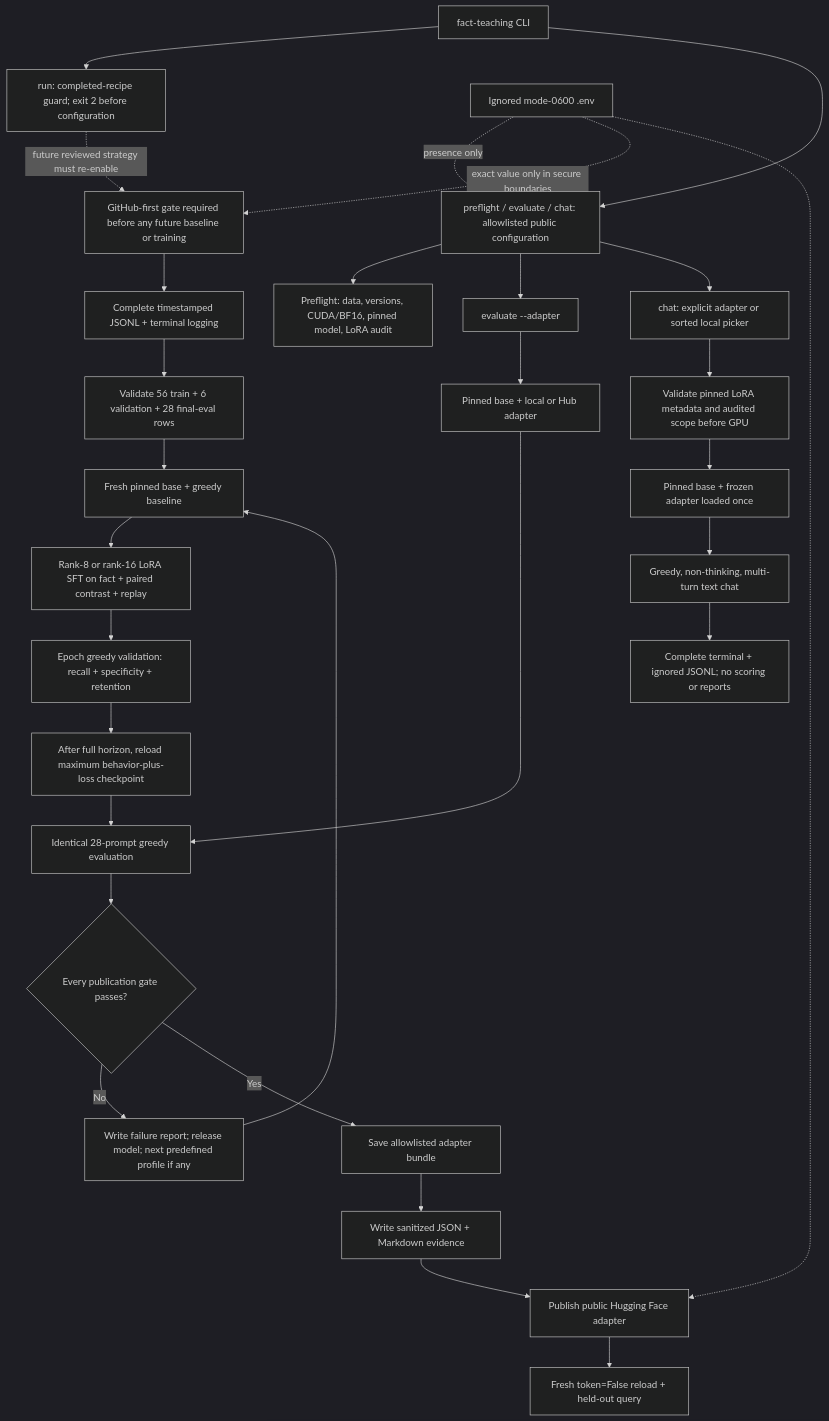
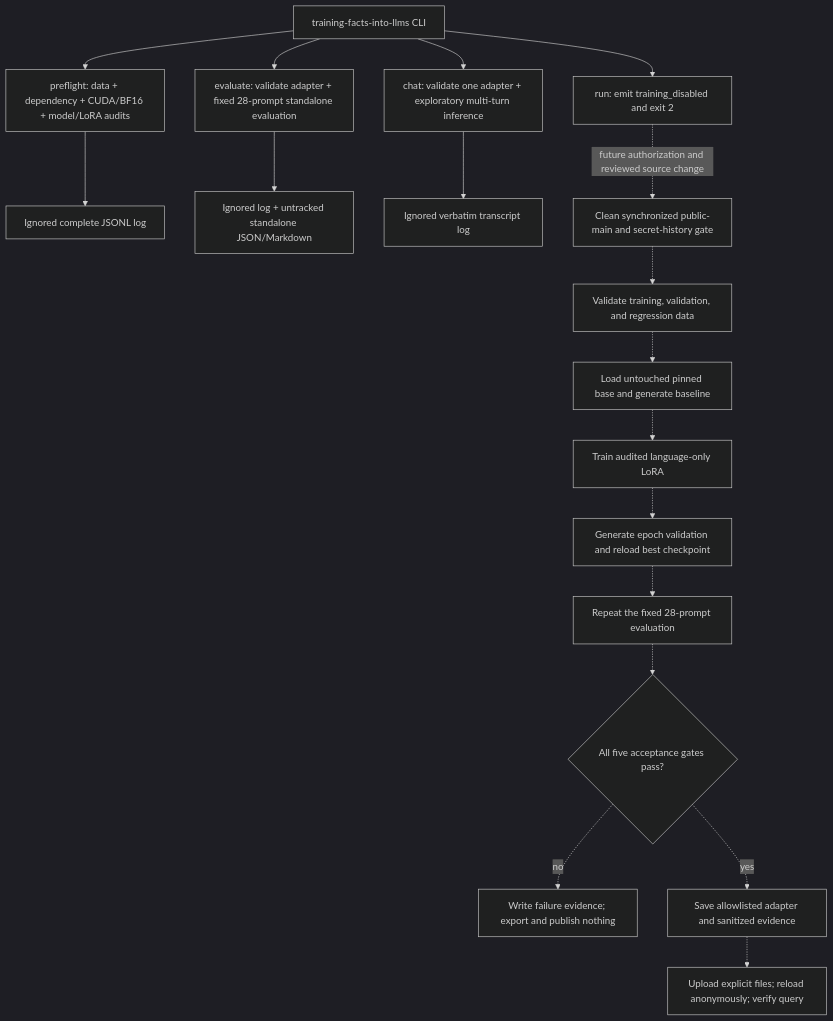
The diagram in README.md (BurnyCoder/fact-teaching), drawn with Mermaid (dark theme) before and after one commit. The commit also changed other lines of this file and 4 other files, not shown here.

````diff
--- a/README.md
+++ b/README.md
@@ -43,32 +150,20 @@
 ```mermaid
 flowchart TD
-    CLI["fact-teaching CLI"] --> GUARD["run: completed-recipe guard; exit 2 before configuration"]
-    CLI --> CFG["preflight / evaluate / chat: allowlisted public configuration"]
-    CFG --> PREFLIGHT["Preflight: data, versions, CUDA/BF16, pinned model, LoRA audit"]
-    GUARD -. "future reviewed strategy must re-enable" .-> GATE["GitHub-first gate required before any future baseline or training"]
-    GATE --> LOG["Complete timestamped JSONL + terminal logging"]
-    LOG --> DATA["Validate 56 train + 6 validation + 28 final-eval rows"]
-    DATA --> BASE["Fresh pinned base + greedy baseline"]
-    BASE --> TRAIN["Rank-8 or rank-16 LoRA SFT on fact + paired contrast + replay"]
-    TRAIN --> VAL["Epoch greedy validation: recall + specificity + retention"]
-    VAL --> BEST["After full horizon, reload maximum behavior-plus-loss checkpoint"]
-    BEST --> TUNED["Identical 28-prompt greedy evaluation"]
-    TUNED --> ACCEPT{"Every publication gate passes?"}
-    ACCEPT -->|"No"| NEXT["Write failure report; release model; next predefined profile if any"]
-    NEXT --> BASE
-    ACCEPT -->|"Yes"| SAVE["Save allowlisted adapter bundle"]
-    SAVE --> REPORT["Write sanitized JSON + Markdown evidence"]
-    REPORT --> HUB["Publish public Hugging Face adapter"]
-    HUB --> VERIFY["Fresh token=False reload + held-out query"]
-    CFG --> EVAL["evaluate --adapter"]
-    EVAL --> EXISTING["Pinned base + local or Hub adapter"]
-    EXISTING --> TUNED
-    CFG --> CHAT["chat: explicit adapter or sorted local picker"]
-    CHAT --> CHECK["Validate pinned LoRA metadata and audited scope before GPU"]
-    CHECK --> FROZEN["Pinned base + frozen adapter loaded once"]
-    FROZEN --> LOOP["Greedy, non-thinking, multi-turn text chat"]
-    LOOP --> CHATLOG["Complete terminal + ignored JSONL; no scoring or reports"]
-    ENV["Ignored mode-0600 .env"] -. "presence only" .-> CFG
-    ENV -. "exact value only in secure boundaries" .-> GATE
-    ENV -.-> HUB
+    CLI["training-facts-into-llms CLI"] --> RUN["run: emit training_disabled and exit 2"]
+    CLI --> PRE["preflight: data + dependency + CUDA/BF16 + model/LoRA audits"]
+    CLI --> EVAL["evaluate: validate adapter + fixed 28-prompt standalone evaluation"]
+    CLI --> CHAT["chat: validate one adapter + exploratory multi-turn inference"]
+    PRE --> ILOG["Ignored complete JSONL log"]
+    EVAL --> SREPORT["Ignored log + untracked standalone JSON/Markdown"]
+    CHAT --> CLOG["Ignored verbatim transcript log"]
+    RUN -. "future authorization and reviewed source change" .-> GATE["Clean synchronized public-main and secret-history gate"]
+    GATE -.-> DATA["Validate training, validation, and regression data"]
+    DATA -.-> BASE["Load untouched pinned base and generate baseline"]
+    BASE -.-> TRAIN["Train audited language-only LoRA"]
+    TRAIN -.-> SELECT["Generate epoch validation and reload best checkpoint"]
+    SELECT -.-> TUNED["Repeat the fixed 28-prompt evaluation"]
+    TUNED -.-> ACCEPT{"All five acceptance gates pass?"}
+    ACCEPT -. "no" .-> FAIL["Write failure evidence; export and publish nothing"]
+    ACCEPT -. "yes" .-> SAVE["Save allowlisted adapter and sanitized evidence"]
+    SAVE -.-> HUB["Upload explicit files; reload anonymously; verify query"]
 ```
````
